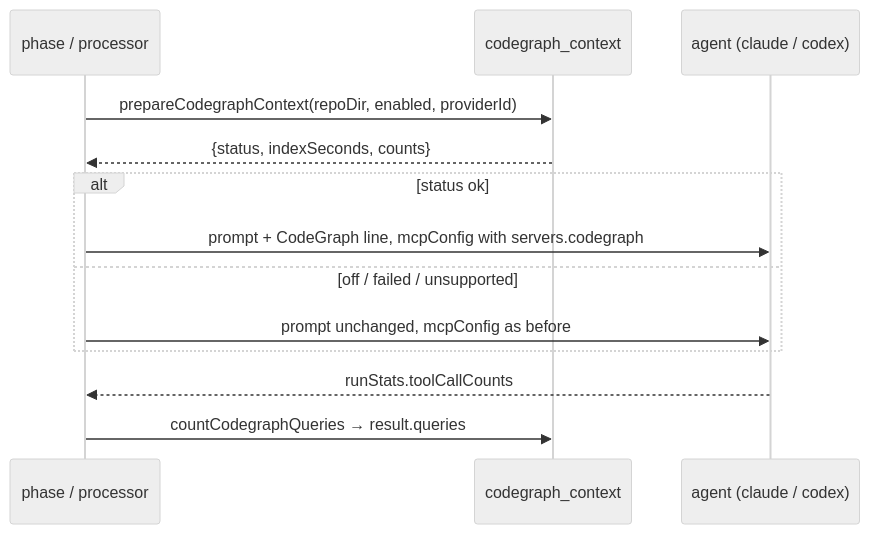
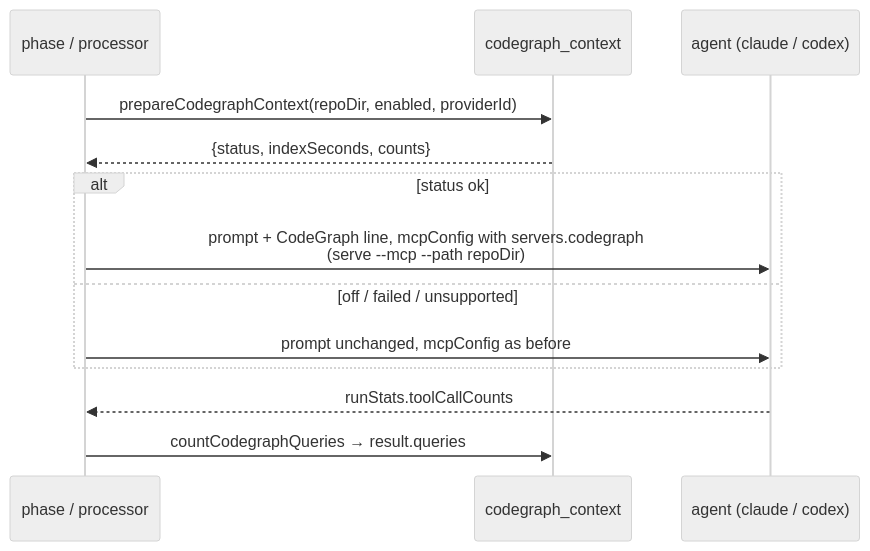
One commit to stSoftwareAU/VibeCoder changed the first of 2 diagrams in docs/REPO-CONTEXT-TRIAL.md. Above: the diagram before and after it, drawn with Mermaid (neutral theme). The commit also changed other lines of this file and 14 other files, not shown here.

First line of the commit message:
Root the CodeGraph MCP server at the indexed checkout (Issue #2200)

````diff
--- a/docs/REPO-CONTEXT-TRIAL.md
+++ b/docs/REPO-CONTEXT-TRIAL.md
@@ -85,15 +95,15 @@
 ```mermaid
 sequenceDiagram
     participant P as phase / processor
     participant C as codegraph_context
     participant A as agent (claude / codex)
     P->>C: prepareCodegraphContext(repoDir, enabled, providerId)
     C-->>P: {status, indexSeconds, counts}
     alt status ok
-        P->>A: prompt + CodeGraph line, mcpConfig with servers.codegraph
+        P->>A: prompt + CodeGraph line, mcpConfig with servers.codegraph<br/>(serve --mcp --path repoDir)
     else off / failed / unsupported
         P->>A: prompt unchanged, mcpConfig as before
     end
     A-->>P: runStats.toolCallCounts
     P->>C: countCodegraphQueries → result.queries
 ```
````
